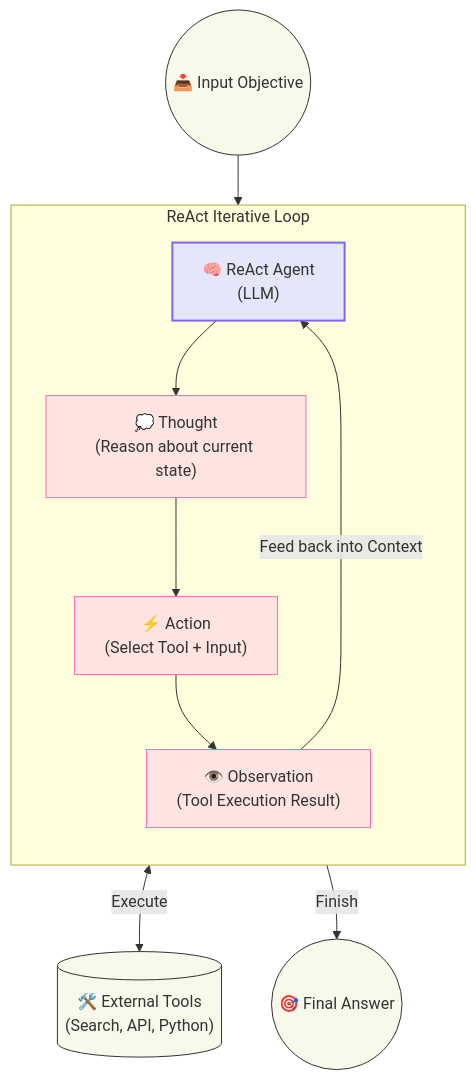
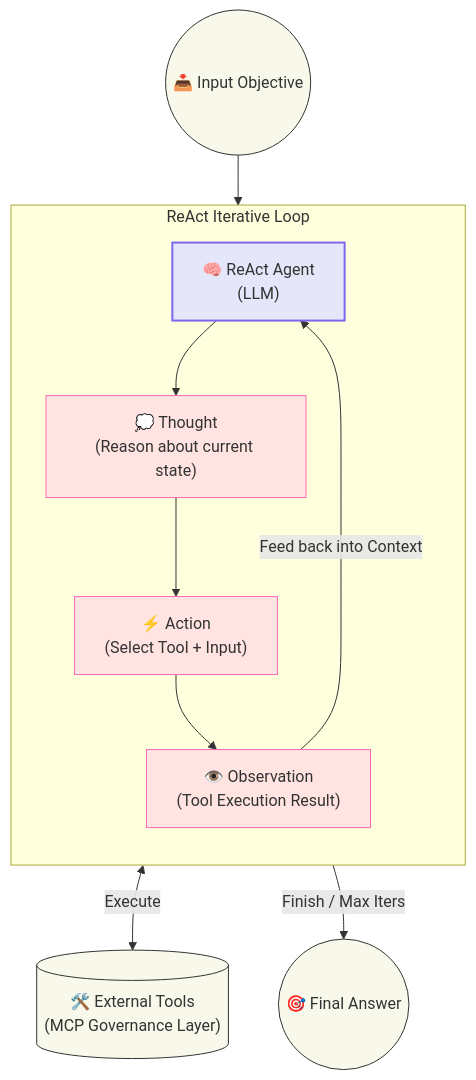
One commit to zhuoyu246/Agentic-DataLab changed the third of 4 diagrams in README.md. Above: the diagram before and after it, drawn with Mermaid. The commit also changed other lines of this file, not shown here.

Commit message:
Docs: Update architecture diagrams and docs to match new LangGraph implementation

````diff
--- a/README.md
+++ b/README.md
@@ -91,31 +93,31 @@
 ```mermaid
 graph TD
     Input(("📥 Input Objective")) --> ReActAgent
     
     subgraph ReActLoop [ReAct Iterative Loop]
         direction TB
         ReActAgent["🧠 ReAct Agent<br/>(LLM)"]
         
         Thought["💭 Thought<br/>(Reason about current state)"]
         Action["⚡ Action<br/>(Select Tool + Input)"]
         Obs["👁️ Observation<br/>(Tool Execution Result)"]
         
         ReActAgent --> Thought
         Thought --> Action
         Action --> Obs
         Obs -->|Feed back into Context| ReActAgent
     end
     
-    Tools[("🛠️ External Tools<br/>(Search, API, Python)")]
+    Tools[("🛠️ External Tools<br/>(MCP Governance Layer)")]
     Action <-->|Execute| Tools
     
-    ReActAgent -->|Finish| FinalAnswer(("🎯 Final Answer"))
+    ReActAgent -->|Finish / Max Iters| FinalAnswer(("🎯 Final Answer"))
     
     classDef default fill:#f9f9eb,stroke:#333,stroke-width:1px;
     classDef agent fill:#e6e6fa,stroke:#7b68ee,stroke-width:2px;
     classDef state fill:#ffe4e1,stroke:#ff69b4,stroke-width:1px;
     
     class ReActAgent agent;
     class Thought,Action,Obs state;
     class Input,FinalAnswer fill:#d4edda,stroke:#28a745,stroke-width:2px;
 ```
````
